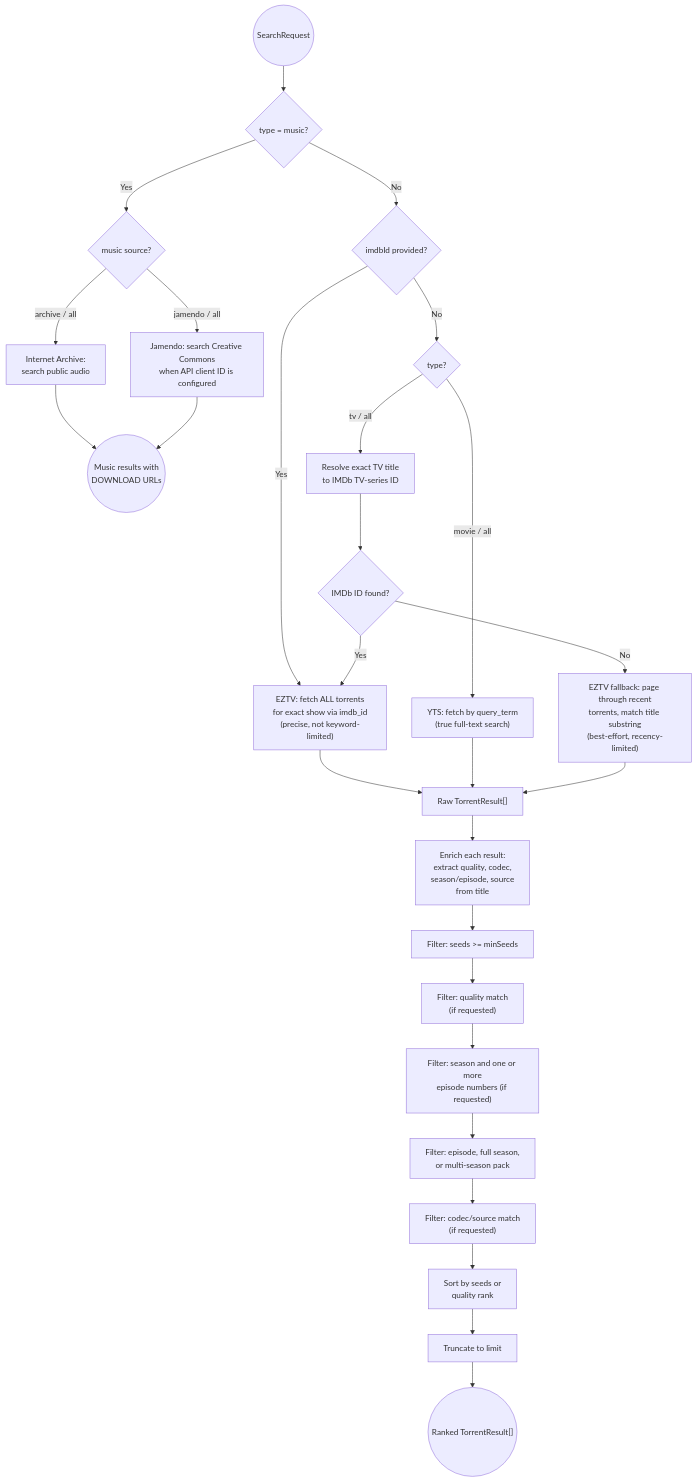
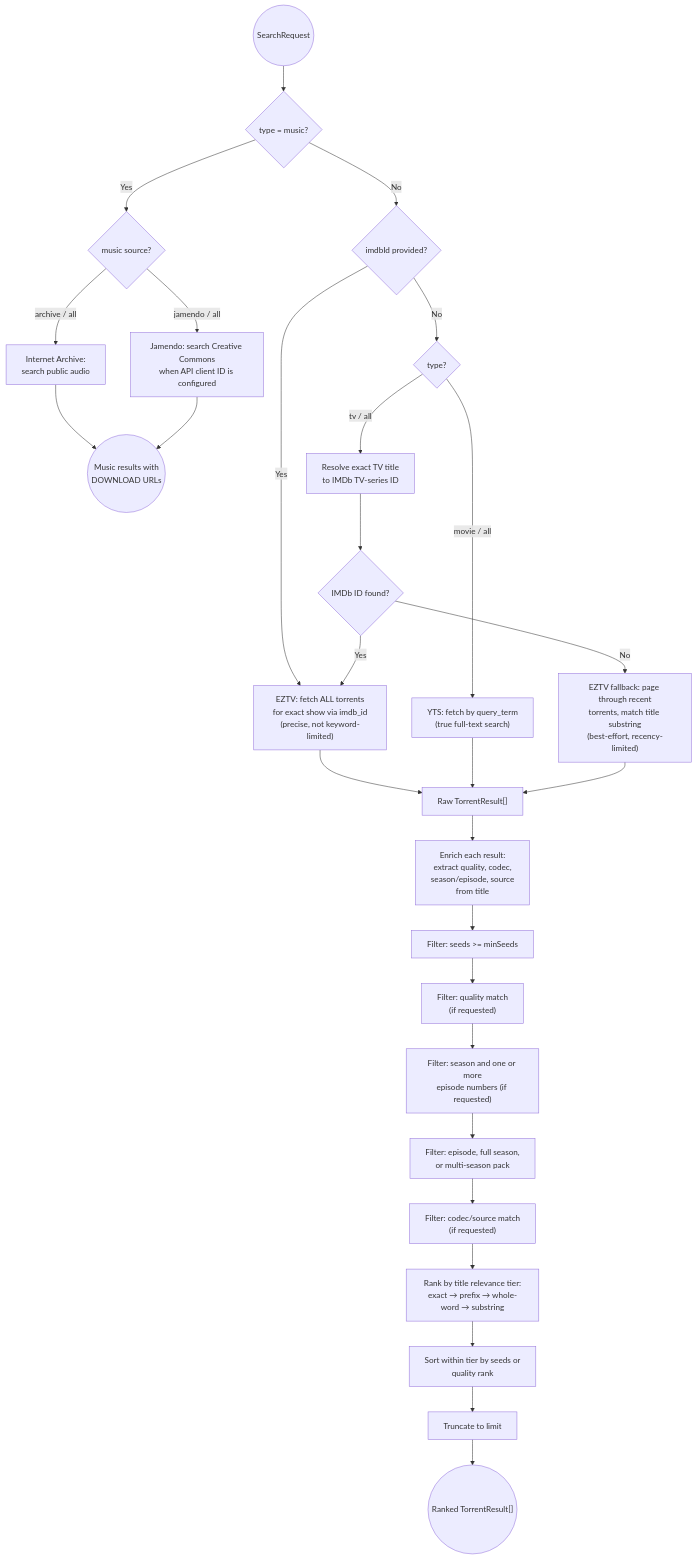
One commit to vincentikigai/hammer changed the second of 2 diagrams in torrent-finder/model/domain_model.md. Above: the diagram before and after it, drawn with Mermaid. The commit also changed other lines of this file and 2 other files, not shown here.

````diff
--- a/torrent-finder/model/domain_model.md
+++ b/torrent-finder/model/domain_model.md
@@ -105,36 +111,37 @@
 ```mermaid
 flowchart TD
     Request(("SearchRequest")) --> IsMusic{type = music?}
 
     IsMusic -->|Yes| MusicProvider{music source?}
     MusicProvider -->|archive / all| ArchiveSearch["Internet Archive:<br/>search public audio"]
     MusicProvider -->|jamendo / all| JamendoSearch["Jamendo: search Creative Commons<br/>when API client ID is configured"]
     ArchiveSearch --> MusicOutput(("Music results with<br/>DOWNLOAD URLs"))
     JamendoSearch --> MusicOutput
 
     IsMusic -->|No| HasImdb{imdbId provided?}
 
     HasImdb -->|Yes| ImdbLookup["EZTV: fetch ALL torrents<br/>for exact show via imdb_id<br/>(precise, not keyword-limited)"]
     HasImdb -->|No| TypeRoute{type?}
 
     TypeRoute -->|movie / all| YtsFetch["YTS: fetch by query_term<br/>(true full-text search)"]
     TypeRoute -->|tv / all| ResolveTitle["Resolve exact TV title<br/>to IMDb TV-series ID"]
     ResolveTitle --> Resolved{IMDb ID found?}
     Resolved -->|Yes| ImdbLookup
     Resolved -->|No| EztvScan["EZTV fallback: page through recent<br/>torrents, match title substring<br/>(best-effort, recency-limited)"]
 
     ImdbLookup --> Raw
     YtsFetch --> Raw
     EztvScan --> Raw["Raw TorrentResult[]"]
 
     Raw --> Enrich["Enrich each result:<br/>extract quality, codec,<br/>season/episode, source<br/>from title"]
 
     Enrich --> FilterSeeds["Filter: seeds >= minSeeds"]
     FilterSeeds --> FilterQuality["Filter: quality match<br/>(if requested)"]
     FilterQuality --> FilterEpisode["Filter: season and one or more<br/>episode numbers (if requested)"]
     FilterEpisode --> FilterRelease["Filter: episode, full season,<br/>or multi-season pack"]
     FilterRelease --> FilterCodec["Filter: codec/source match<br/>(if requested)"]
-    FilterCodec --> Sort["Sort by seeds or<br/>quality rank"]
+    FilterCodec --> Rank["Rank by title relevance tier:<br/>exact → prefix → whole-word → substring"]
+    Rank --> Sort["Sort within tier by seeds or<br/>quality rank"]
     Sort --> Truncate["Truncate to limit"]
     Truncate --> Output(("Ranked TorrentResult[]"))
 ```
````
